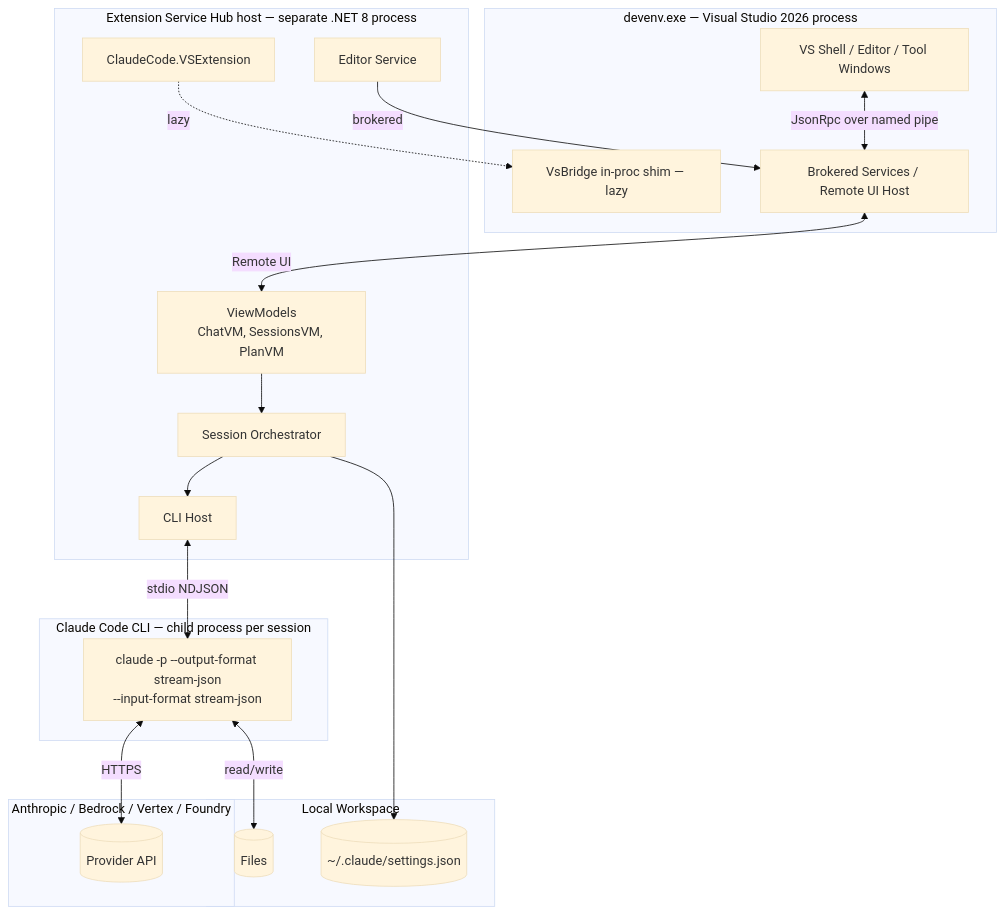
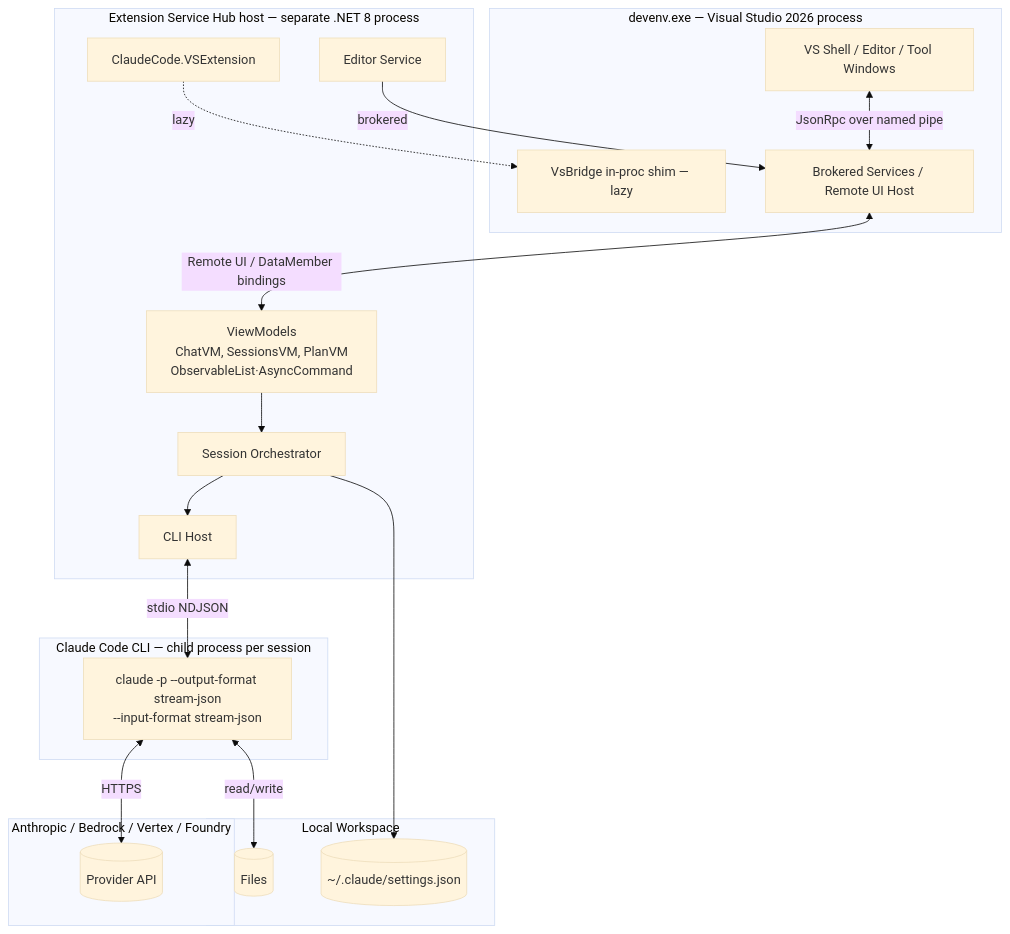
One commit to TomMarks/conduit-for-vs changed the second of 3 diagrams in docs/PROJECT_PLAN.md. Above: the diagram before and after it, drawn with Mermaid (base theme). The commit also changed other lines of this file and 3 other files, not shown here.

First line of the commit message:
Update all docs to reflect WPF Remote UI chat approach

````diff
--- a/docs/PROJECT_PLAN.md
+++ b/docs/PROJECT_PLAN.md
@@ -148,40 +140,40 @@
 ```mermaid
 flowchart TB
     subgraph devenv [devenv.exe — Visual Studio 2026 process]
         IDE[VS Shell / Editor / Tool Windows]
         BS[Brokered Services / Remote UI Host]
         VSB2[VsBridge in-proc shim — lazy]
     end
 
     subgraph exthost [Extension Service Hub host — separate .NET 8 process]
         EXT2[ClaudeCode.VSExtension]
-        VM[ViewModels<br/>ChatVM, SessionsVM, PlanVM]
+        VM[ViewModels<br/>ChatVM, SessionsVM, PlanVM<br/>ObservableList·AsyncCommand]
         ORCH[Session Orchestrator]
         CLIH[CLI Host]
         EDITSVC[Editor Service]
     end
 
     subgraph claude [Claude Code CLI — child process per session]
         CC[claude -p --output-format stream-json<br/>--input-format stream-json]
     end
 
     subgraph remote [Anthropic / Bedrock / Vertex / Foundry]
         API[(Provider API)]
     end
 
     subgraph fs [Local Workspace]
         WS[(Files)]
         SET[(~/.claude/settings.json)]
     end
 
     IDE <-->|JsonRpc over named pipe| BS
-    BS <-->|Remote UI| VM
+    BS <-->|Remote UI / DataMember bindings| VM
     VM --> ORCH
     ORCH --> CLIH
     CLIH <-->|stdio NDJSON| CC
     CC <-->|HTTPS| API
     CC <-->|read/write| WS
     EDITSVC -->|brokered| BS
     EXT2 -.lazy.-> VSB2
     ORCH --> SET
 ```
````
